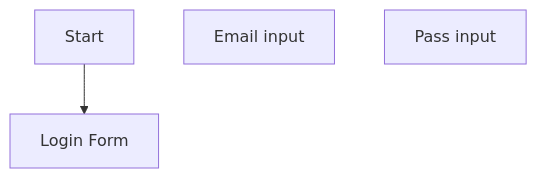
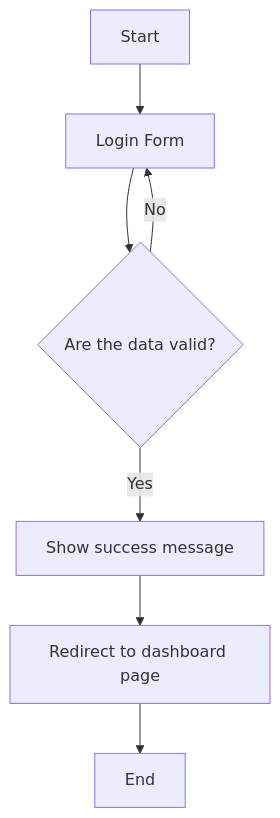
Before and after one commit to Espadv69/Course-2025: the diagram in diagrams/login.md, drawn with Mermaid.

Commit message:
Add login diagram

````diff
--- a/diagrams/login.md
+++ b/diagrams/login.md
@@ -1,6 +1,9 @@
 ```mermaid
 graph TD;
   A[Start] --> B[Login Form]
-  C[Email input]
-  D[Pass input]
+  B --> C{Are the data valid?}
+  C -- No --> B
+  C -- Yes --> D[Show success message]
+  D --> E[Redirect to dashboard page]
+  E --> F[End]
 ```
````
